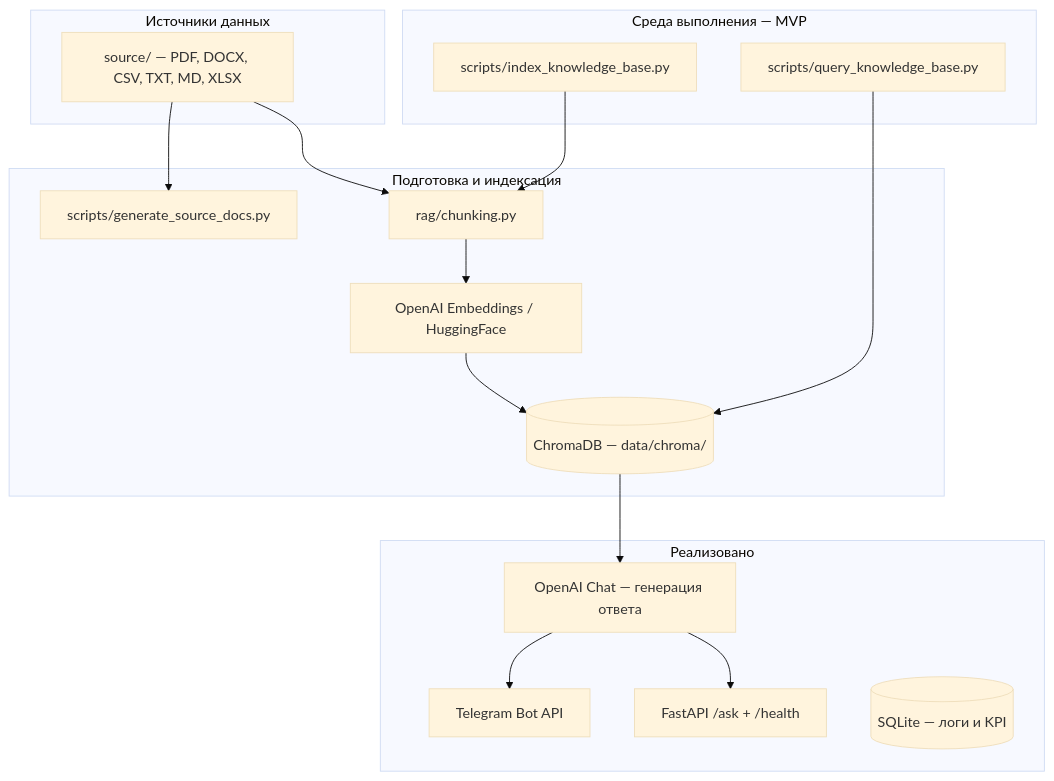
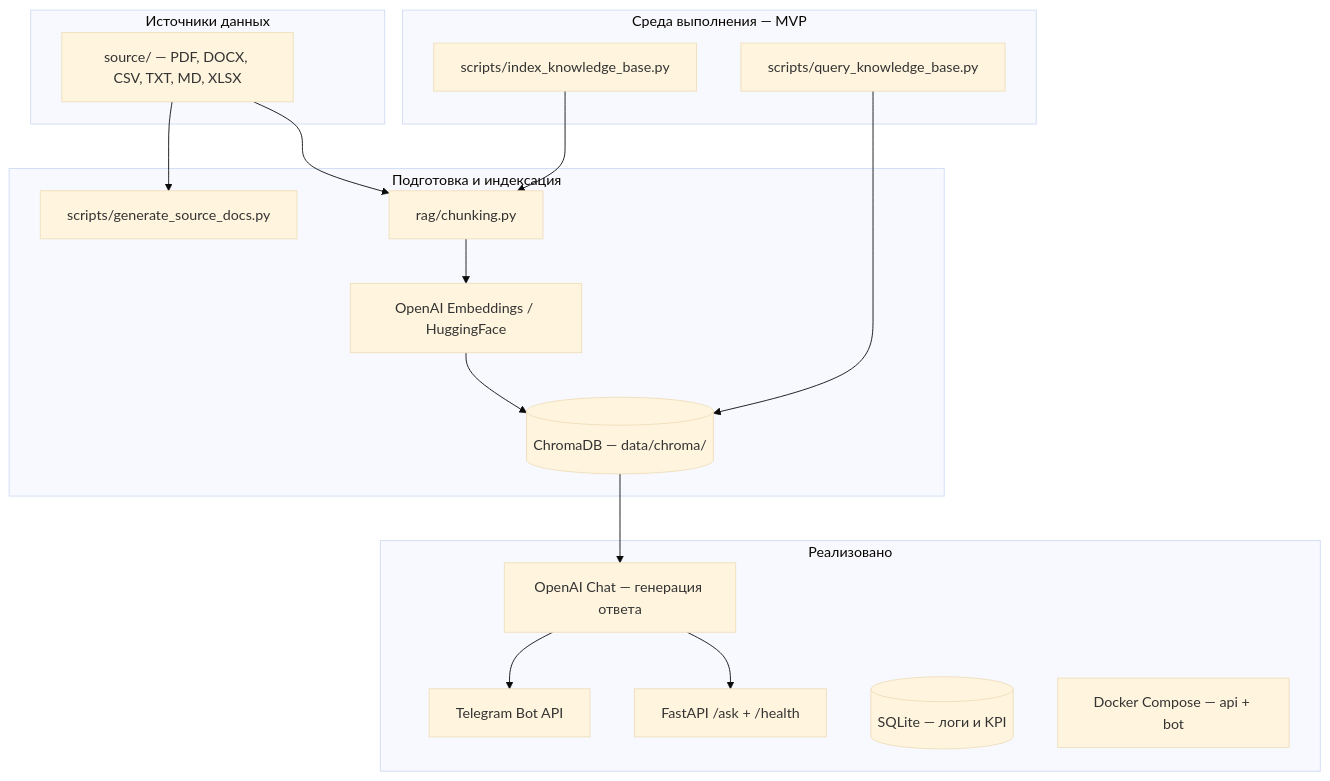
Before and after one commit to DimonRonD/InMyHeart: the diagram in stek.md, drawn with Mermaid (base theme). The commit also changed other lines of this file and 17 other files, not shown here.

First line of the commit message:
Add Docker Compose deployment and document container workflow.

````diff
--- a/stek.md
+++ b/stek.md
@@ -11,34 +11,35 @@
 ```mermaid
 flowchart TB
     subgraph sources [Источники данных]
         DOC[source/ — PDF, DOCX, CSV, TXT, MD, XLSX]
     end
 
     subgraph ingest [Подготовка и индексация]
         GEN[scripts/generate_source_docs.py]
         CHUNK[rag/chunking.py]
         EMB[OpenAI Embeddings / HuggingFace]
         CHROMA[(ChromaDB — data/chroma/)]
     end
 
     subgraph runtime [Среда выполнения — MVP]
         CLI1[scripts/index_knowledge_base.py]
         CLI2[scripts/query_knowledge_base.py]
     end
 
     subgraph planned [Реализовано]
         TG[Telegram Bot API]
         API[FastAPI /ask + /health]
         LLM[OpenAI Chat — генерация ответа]
         SQL[(SQLite — логи и KPI)]
+        DOCK[Docker Compose — api + bot]
     end
 
     DOC --> GEN
     DOC --> CHUNK
     CHUNK --> EMB --> CHROMA
     CLI1 --> CHUNK
     CLI2 --> CHROMA
     CHROMA --> LLM
     LLM --> TG
     LLM --> API
 ```
````
